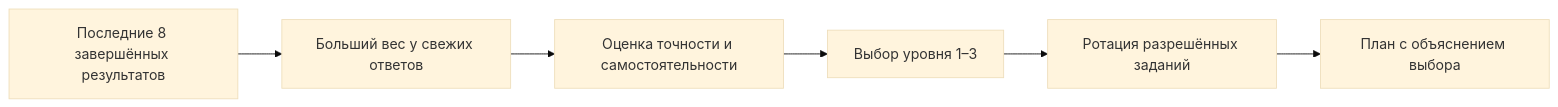
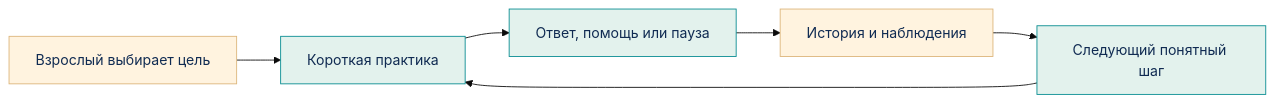
One commit to whynicky19/Soyle changed the diagram in README.md. Above: the diagram before and after it, drawn with Mermaid (base theme). The commit also changed other lines of this file and 4 other files, not shown here.

````diff
--- a/README.md
+++ b/README.md
@@ -42,8 +81,12 @@
 ```mermaid
 flowchart LR
-    A[Последние 8 завершённых результатов] --> B[Больший вес у свежих ответов]
-    B --> C[Оценка точности и самостоятельности]
-    C --> D[Выбор уровня 1–3]
-    D --> E[Ротация разрешённых заданий]
-    E --> F[План с объяснением выбора]
+    A[Взрослый выбирает цель] --> B[Короткая практика]
+    B --> C[Ответ, помощь или пауза]
+    C --> D[История и наблюдения]
+    D --> E[Следующий понятный шаг]
+    E --> B
+    classDef warm fill:#fff3df,stroke:#dcb57a,color:#102b52
+    classDef teal fill:#e3f2ed,stroke:#078c91,color:#102b52
+    class A,D warm
+    class B,C,E teal
 ```
````
